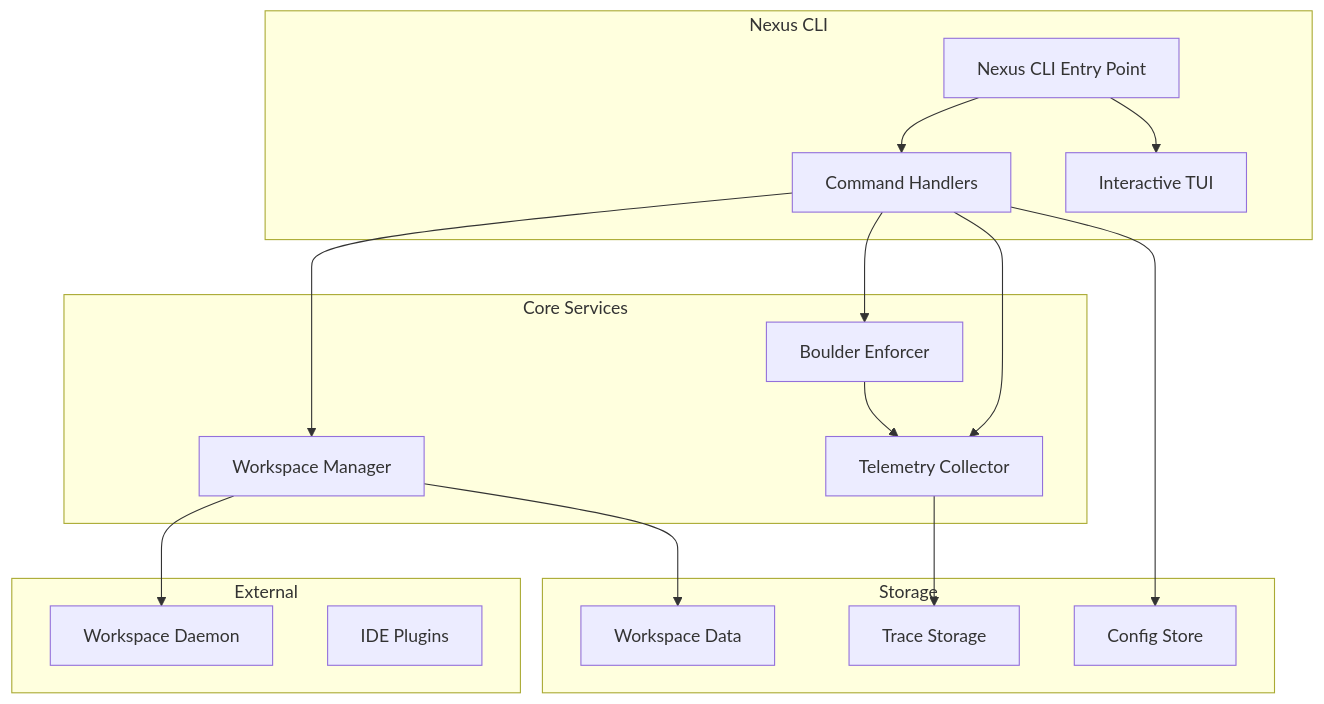
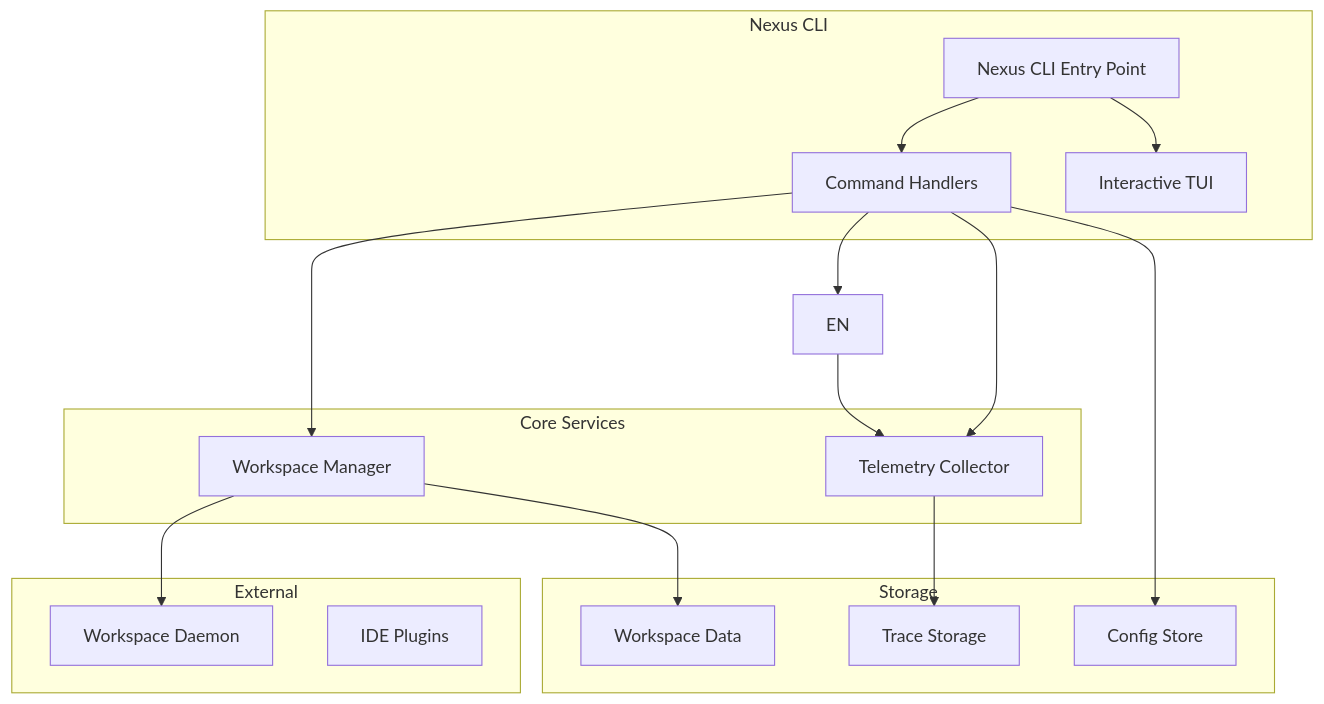
The diagram in docs/dev/plans/003-nexus-cli-prd.md (IniZio/nexus), drawn with Mermaid before and after one commit. The commit also changed other lines of this file and 3 other files, not shown here.

````diff
--- a/docs/dev/plans/003-nexus-cli-prd.md
+++ b/docs/dev/plans/003-nexus-cli-prd.md
@@ -49,36 +48,35 @@
 ```mermaid
 graph TD
     subgraph "Nexus CLI"
         CLI[Nexus CLI Entry Point]
         TUI[Interactive TUI]
         CMDS[Command Handlers]
     end
 
     subgraph "Core Services"
         WS[Workspace Manager]
-        EN[Boulder Enforcer]
         TM[Telemetry Collector]
     end
 
     subgraph "Storage"
         CFG[Config Store]
         TRACE[Trace Storage]
         WORKSPACE[Workspace Data]
     end
 
     subgraph "External"
         DAEMON[Workspace Daemon]
         PLUGINS[IDE Plugins]
     end
 
     CLI --> CMDS
     CLI --> TUI
     CMDS --> WS
     CMDS --> EN
     CMDS --> TM
     CMDS --> CFG
     WS --> DAEMON
     EN --> TM
     TM --> TRACE
     WS --> WORKSPACE
 ```
````
